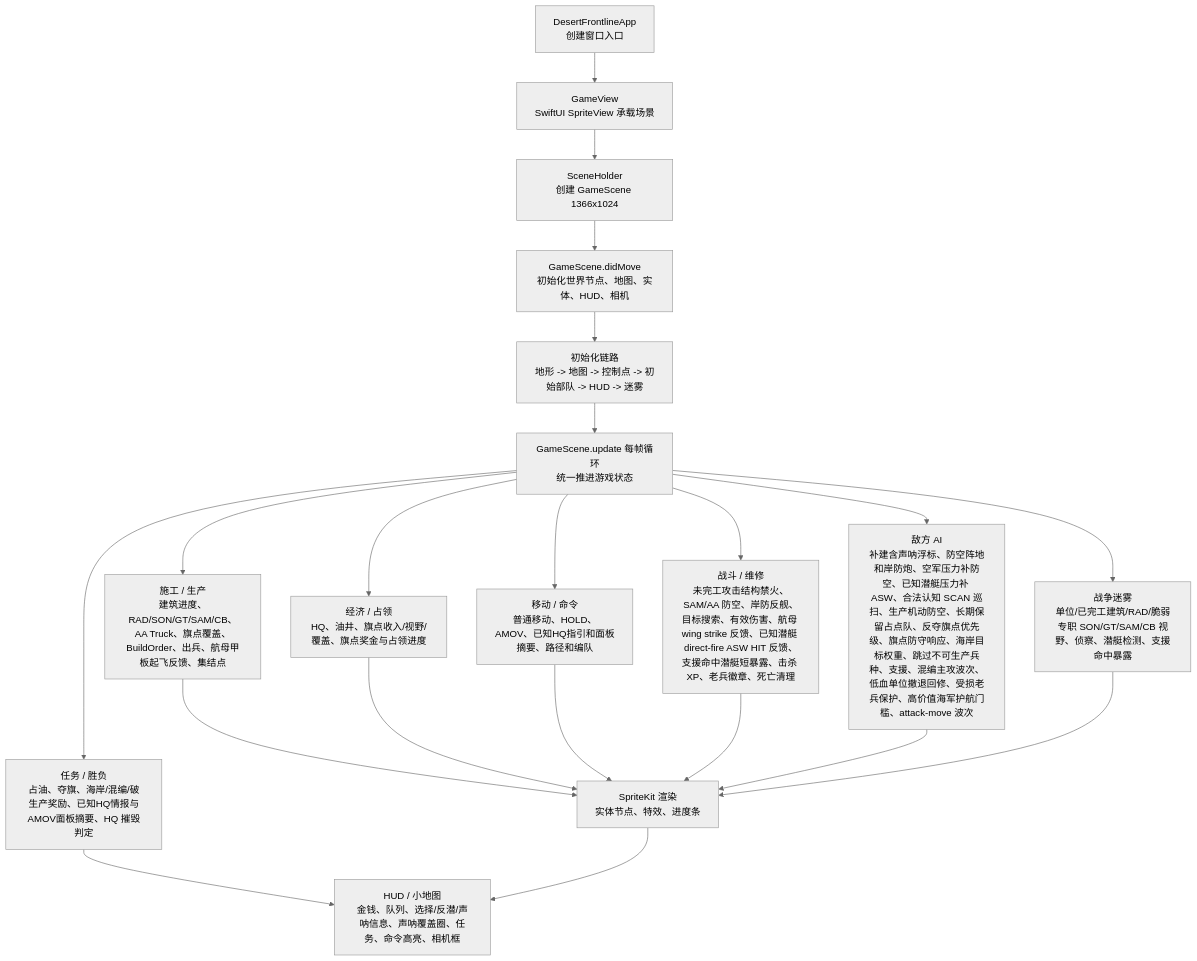
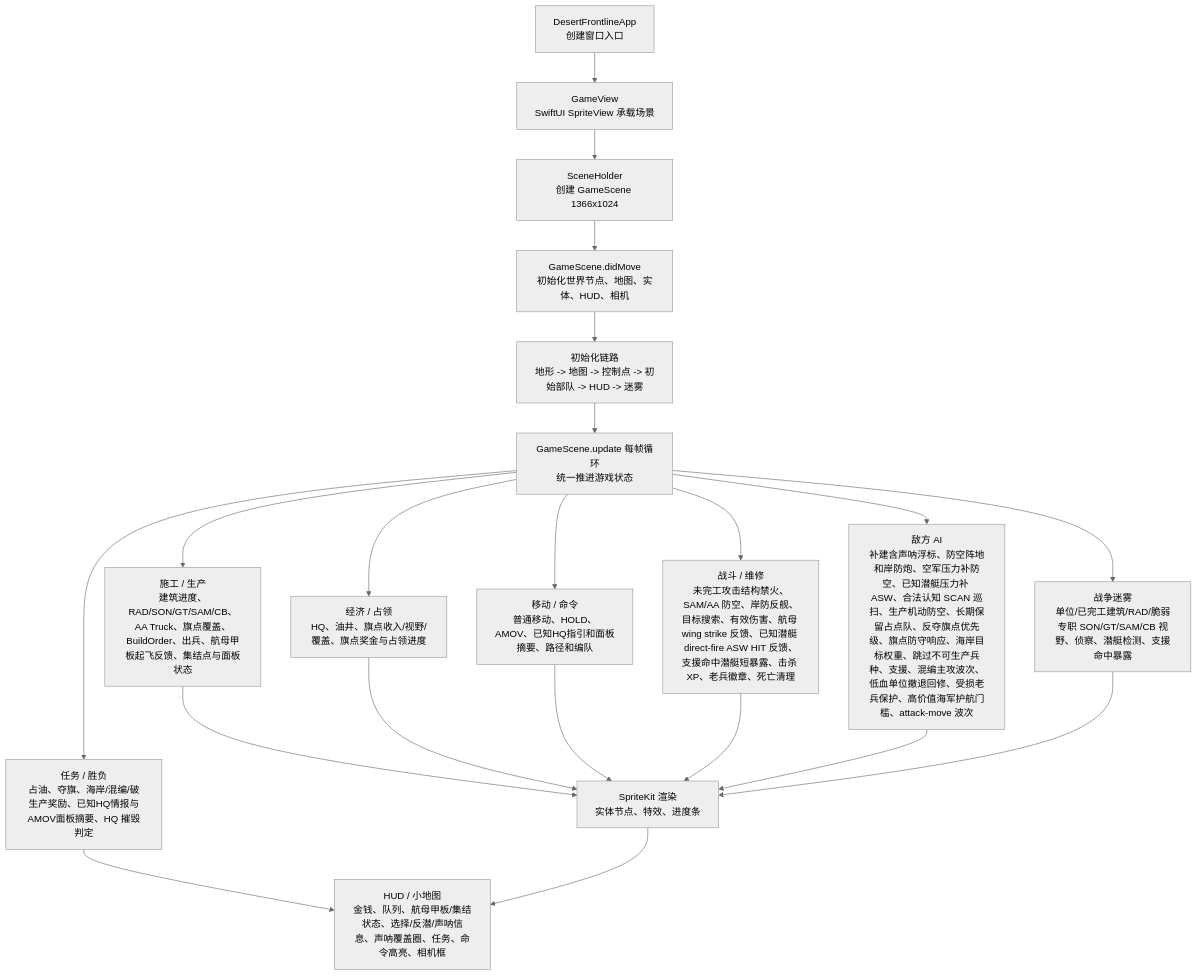
The first of 3 diagrams in md/flow/flowchart.md (Altman-sam114/1145), drawn with Mermaid (neutral theme) before and after one commit. The commit also changed 4 other files, not shown here.

````diff
--- a/md/flow/flowchart.md
+++ b/md/flow/flowchart.md
@@ -9,23 +9,23 @@
 ```mermaid
 flowchart TD
   App["DesertFrontlineApp\n创建窗口入口"] --> View["GameView\nSwiftUI SpriteView 承载场景"]
   View --> Holder["SceneHolder\n创建 GameScene 1366x1024"]
   Holder --> Scene["GameScene.didMove\n初始化世界节点、地图、实体、HUD、相机"]
   Scene --> Init["初始化链路\n地形 -> 地图 -> 控制点 -> 初始部队 -> HUD -> 迷雾"]
   Init --> Loop["GameScene.update 每帧循环\n统一推进游戏状态"]
-  Loop --> Build["施工 / 生产\n建筑进度、RAD/SON/GT/SAM/CB、AA Truck、旗点覆盖、BuildOrder、出兵、航母甲板起飞反馈、集结点"]
+  Loop --> Build["施工 / 生产\n建筑进度、RAD/SON/GT/SAM/CB、AA Truck、旗点覆盖、BuildOrder、出兵、航母甲板起飞反馈、集结点与面板状态"]
   Loop --> Economy["经济 / 占领\nHQ、油井、旗点收入/视野/覆盖、旗点奖金与占领进度"]
   Loop --> Commands["移动 / 命令\n普通移动、HOLD、AMOV、已知HQ指引和面板摘要、路径和编队"]
   Loop --> Combat["战斗 / 维修\n未完工攻击结构禁火、SAM/AA 防空、岸防反舰、目标搜索、有效伤害、航母 wing strike 反馈、已知潜艇 direct-fire ASW HIT 反馈、支援命中潜艇短暴露、击杀 XP、老兵徽章、死亡清理"]
   Loop --> AI["敌方 AI\n补建含声呐浮标、防空阵地和岸防炮、空军压力补防空、已知潜艇压力补 ASW、合法认知 SCAN 巡扫、生产机动防空、长期保留占点队、反夺旗点优先级、旗点防守响应、海岸目标权重、跳过不可生产兵种、支援、混编主攻波次、低血单位撤退回修、受损老兵保护、高价值海军护航门槛、attack-move 波次"]
   Loop --> Fog["战争迷雾\n单位/已完工建筑/RAD/脆弱专职 SON/GT/SAM/CB 视野、侦察、潜艇检测、支援命中暴露"]
   Loop --> Mission["任务 / 胜负\n占油、夺旗、海岸/混编/破生产奖励、已知HQ情报与AMOV面板摘要、HQ 摧毁判定"]
   Build --> Render["SpriteKit 渲染\n实体节点、特效、进度条"]
   Economy --> Render
   Commands --> Render
   Combat --> Render
   AI --> Render
   Fog --> Render
-  Mission --> HUD["HUD / 小地图\n金钱、队列、选择/反潜/声呐信息、声呐覆盖圈、任务、命令高亮、相机框"]
+  Mission --> HUD["HUD / 小地图\n金钱、队列、航母甲板/集结状态、选择/反潜/声呐信息、声呐覆盖圈、任务、命令高亮、相机框"]
   Render --> HUD
 ```
````
